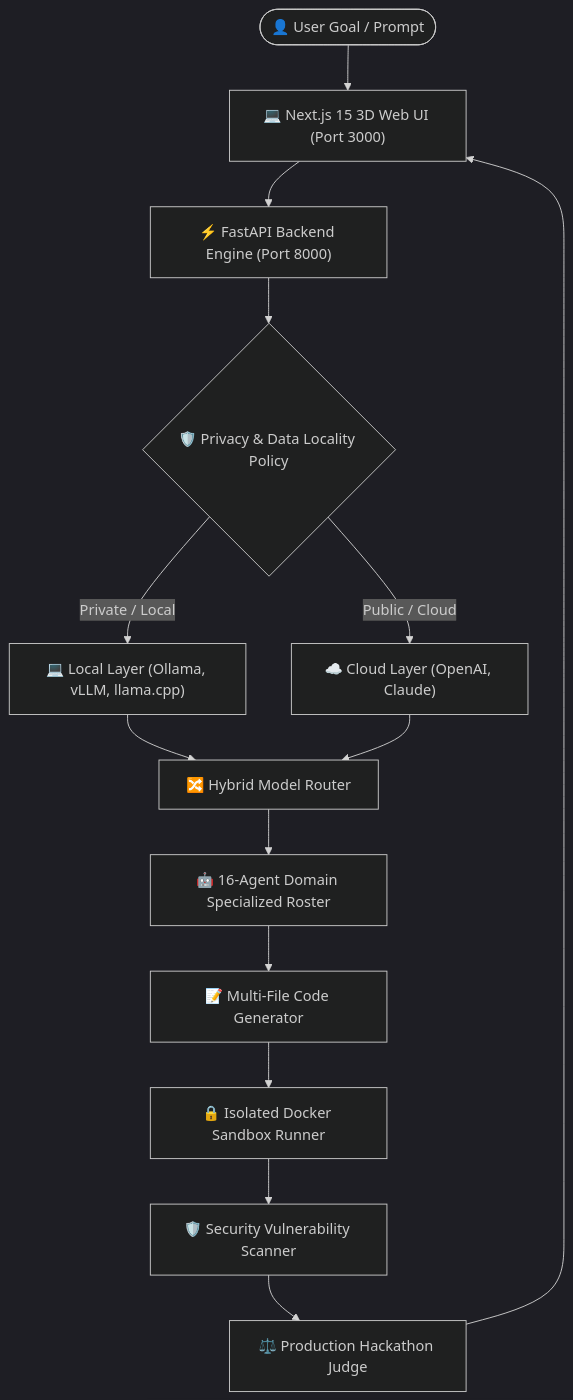
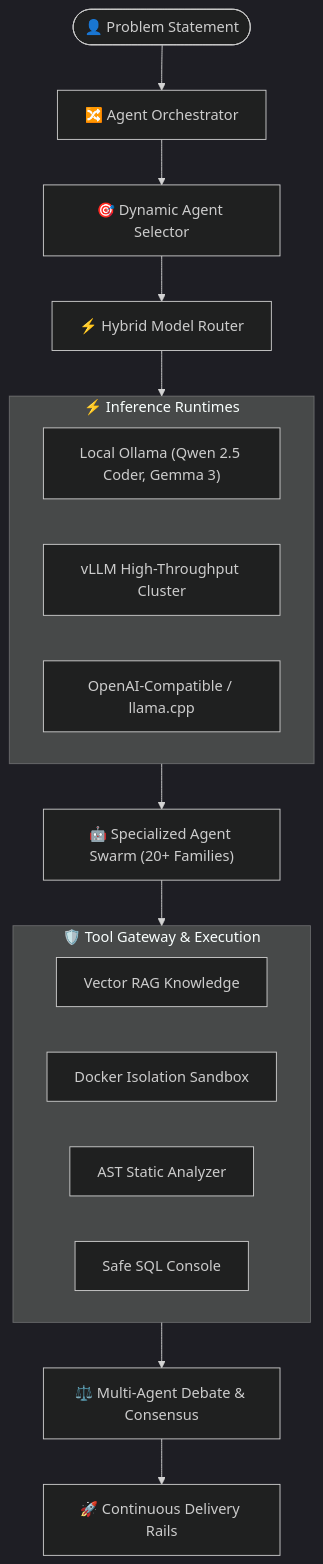
Before and after one commit to AlibabaSN/hackforge-ai: the diagram in README.md, drawn with Mermaid (dark theme). The commit also changed other lines of this file, not shown here.

Commit message:
docs: update comprehensive README with multi-model agent mesh, APEX UI system, architecture diagrams, and full API reference

````diff
--- a/README.md
+++ b/README.md
@@ -29,18 +57,26 @@
 ```mermaid
 flowchart TD
-    User(["👤 User Goal / Prompt"]) --> UI["💻 Next.js 15 3D Web UI (Port 3000)"]
-    UI --> API["⚡ FastAPI Backend Engine (Port 8000)"]
-    API --> Policy{"🛡️ Privacy & Data Locality Policy"}
-    Policy -- "Private / Local" --> LocalMesh["💻 Local Layer (Ollama, vLLM, llama.cpp)"]
-    Policy -- "Public / Cloud" --> CloudMesh["☁️ Cloud Layer (OpenAI, Claude)"]
-
-    LocalMesh --> Router["🔀 Hybrid Model Router"]
-    CloudMesh --> Router
-
-    Router --> Roster["🤖 16-Agent Domain Specialized Roster"]
-    Roster --> CodeGen["📝 Multi-File Code Generator"]
-    CodeGen --> Sandbox["🔒 Isolated Docker Sandbox Runner"]
-    Sandbox --> SecScan["🛡️ Security Vulnerability Scanner"]
-    SecScan --> Judge["⚖️ Production Hackathon Judge"]
-    Judge --> UI
+    Problem(["👤 Problem Statement"]) --> Orchestrator["🔀 Agent Orchestrator"]
+    Orchestrator --> Selector["🎯 Dynamic Agent Selector"]
+    Selector --> Router["⚡ Hybrid Model Router"]
+    
+    subgraph Runtimes ["⚡ Inference Runtimes"]
+        Ollama["Local Ollama (Qwen 2.5 Coder, Gemma 3)"]
+        VLLM["vLLM High-Throughput Cluster"]
+        OpenAIComp["OpenAI-Compatible / llama.cpp"]
+    end
+    
+    Router --> Runtimes
+    Runtimes --> Swarm["🤖 Specialized Agent Swarm (20+ Families)"]
+    
+    subgraph Gateway ["🛡️ Tool Gateway & Execution"]
+        RAG["Vector RAG Knowledge"]
+        Sandbox["Docker Isolation Sandbox"]
+        AST["AST Static Analyzer"]
+        SafeSQL["Safe SQL Console"]
+    end
+    
+    Swarm --> Gateway
+    Gateway --> Debate["⚖️ Multi-Agent Debate & Consensus"]
+    Debate --> Delivery["🚀 Continuous Delivery Rails"]
 ```
````
